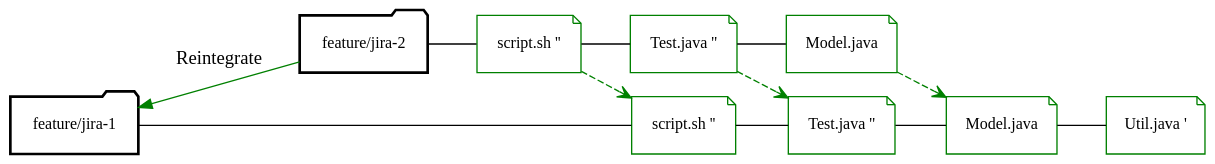
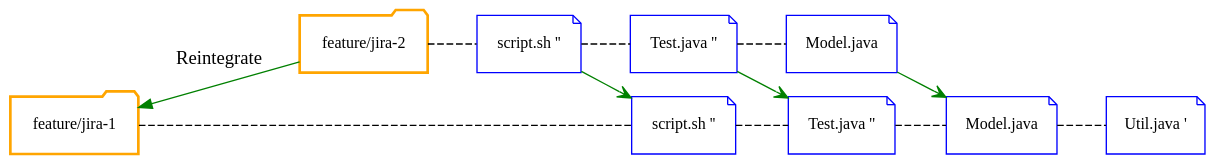
The diagram in slides/intro/src/docs/asciidoc/graphviz/svn-reintegrate.dot (Gepardec/git-training), drawn with Graphviz before and after one commit. The commit also changed 10 other files, not shown here.

Commit message:
- Little changes in existing raphs (coloring) - Added new graphs for git merge conflict, fast fwd merge. - Further dev on presentation

```diff
--- a/slides/intro/src/docs/asciidoc/graphviz/svn-reintegrate.dot
+++ b/slides/intro/src/docs/asciidoc/graphviz/svn-reintegrate.dot
@@ -1,36 +1,36 @@
 digraph svn_reintegrate {
-        rankdir="LR";
-        bgcolor="transparent";
+    rankdir="LR";
+    bgcolor="transparent";
 
-        node[width=0.6,height=0.6, shape=folder,fontsize=12.0];
-        "feature_1"[label="feature/jira-1",group="feature_1",style="bold"];
-        "feature_2"[label="feature/jira-2",group="feature_2",style="bold"];
+    node[width=0.6,height=0.6, shape=folder,fontsize=12.0,color=orange];
+    "feature_1"[label="feature/jira-1",group="feature_1",style="bold"];
+    "feature_2"[label="feature/jira-2",group="feature_2",style="bold"];
 
-        node[width=0.6,height=0.6, shape=note,fontsize=12.0];
-        "file__1"[label="script.sh ''",group="feature_1",color="green"]
-        "file__2"[label="Test.java ''",group="feature_1",color="green"]
-        "file__3"[label="Model.java",group="feature_1",color="green"]
-        "file__4"[label="Util.java '",group="feature_1",color="green"]
-        "file___1"[label="script.sh ''",group="feature_2",color="green"]
-        "file___2"[label="Test.java ''",group="feature_2",color="green"]
-        "file___3"[label="Model.java",group="feature_2",color="green"]
+    node[width=0.6,height=0.6, shape=note,fontsize=12.0,color=blue];
+    "file__1"[label="script.sh ''",group="feature_1"]
+    "file__2"[label="Test.java ''",group="feature_1"]
+    "file__3"[label="Model.java",group="feature_1"]
+    "file__4"[label="Util.java '",group="feature_1"]
+    "file___1"[label="script.sh ''",group="feature_2"]
+    "file___2"[label="Test.java ''",group="feature_2"]
+    "file___3"[label="Model.java",group="feature_2"]
 
-        edge[weight=2,arrowhead=open,dir="back"];
-        "feature_1" -> "feature_2"[label="Reintegrate",color="green"];
+    edge[weight=2,arrowhead=open,dir="back"];
+    "feature_1" -> "feature_2"[label="Reintegrate",color="green"];
 
-        edge[weight=2,arrowhead=none,dir="forward"];
-        "feature_1" -> "file__1";
-        "feature_2" -> "file___1";
+    edge[weight=2,arrowhead=none,dir="forward",style=dashed];
+    "feature_1" -> "file__1";
+    "feature_2" -> "file___1";
 
-        edge[weight=2,arrowhead=none,dir="forward"];
-        "file__1" -> "file__2";
-        "file__2" -> "file__3";
-        "file__3" -> "file__4";
-        "file___1" -> "file___2";
-        "file___2" -> "file___3";
+    edge[weight=2,arrowhead=none,dir="forward",style=dashed];
+    "file__1" -> "file__2";
+    "file__2" -> "file__3";
+    "file__3" -> "file__4";
+    "file___1" -> "file___2";
+    "file___2" -> "file___3";
 
-        edge[weight=2,arrowhead=open,style="dashed",color="green"];
-        "file___1" -> "file__1"
-        "file___2" -> "file__2"
-        "file___3" -> "file__3"
+    edge[weight=2,arrowhead=open,style="",color="green"];
+    "file___1" -> "file__1"
+    "file___2" -> "file__2"
+    "file___3" -> "file__3"
 }
```
